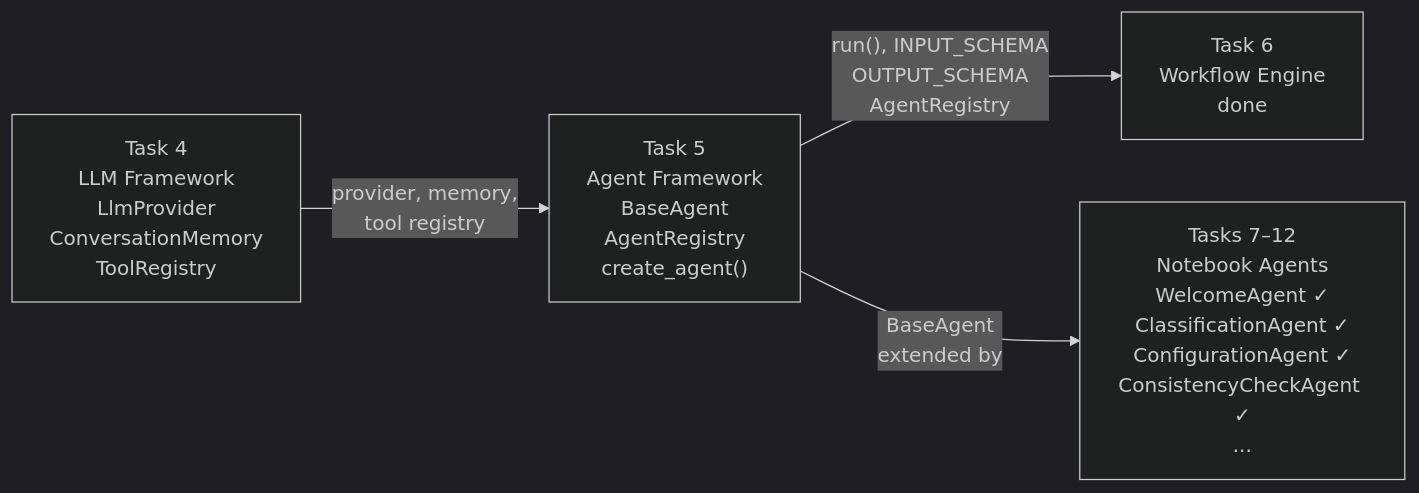
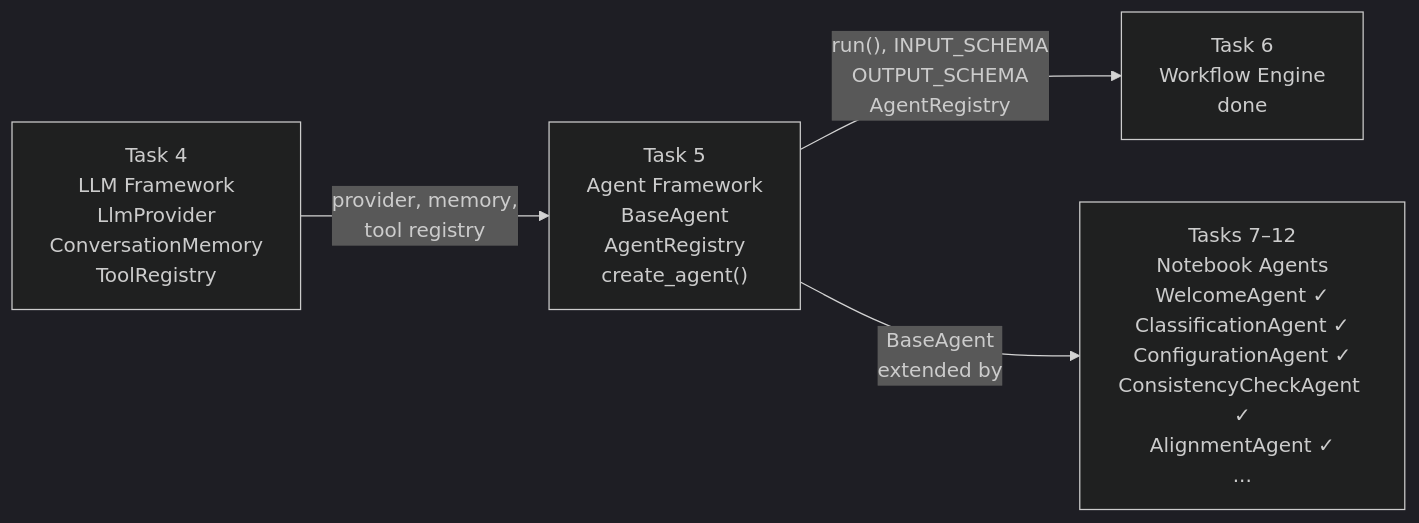
One commit to Alanbahena/zenet-mvp-jupyter changed the first of 3 diagrams in docs/Architecture/architecture-agent-framework.md. Above: the diagram before and after it, drawn with Mermaid (dark theme). The commit also changed other lines of this file and 5 other files, not shown here.

Commit message:
architecture and documentation updated

````diff
--- a/docs/Architecture/architecture-agent-framework.md
+++ b/docs/Architecture/architecture-agent-framework.md
@@ -10,11 +10,11 @@
 ```mermaid
 flowchart LR
     T4["Task 4<br/>LLM Framework<br/>LlmProvider<br/>ConversationMemory<br/>ToolRegistry"]
     T5["Task 5<br/>Agent Framework<br/>BaseAgent<br/>AgentRegistry<br/>create_agent()"]
     T6["Task 6<br/>Workflow Engine<br/>done"]
-    T712["Tasks 7–12<br/>Notebook Agents<br/>WelcomeAgent ✓<br/>ClassificationAgent ✓<br/>ConfigurationAgent ✓<br/>ConsistencyCheckAgent ✓<br/>..."]
+    T712["Tasks 7–12<br/>Notebook Agents<br/>WelcomeAgent ✓<br/>ClassificationAgent ✓<br/>ConfigurationAgent ✓<br/>ConsistencyCheckAgent ✓<br/>AlignmentAgent ✓<br/>..."]
 
     T4 -->|"provider, memory,<br/>tool registry"| T5
     T5 -->|"run(), INPUT_SCHEMA<br/>OUTPUT_SCHEMA<br/>AgentRegistry"| T6
     T5 -->|"BaseAgent<br/>extended by"| T712
 ```
````
